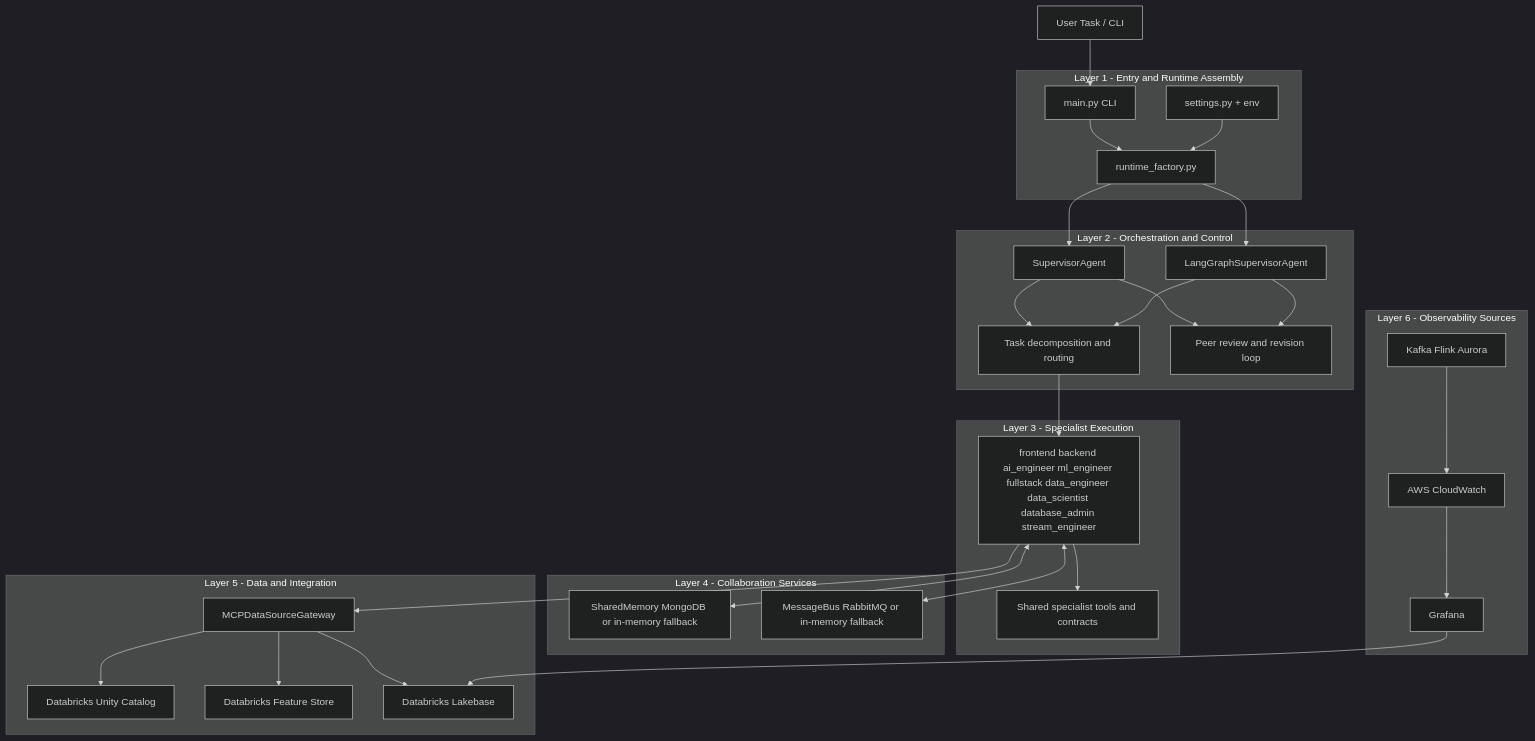
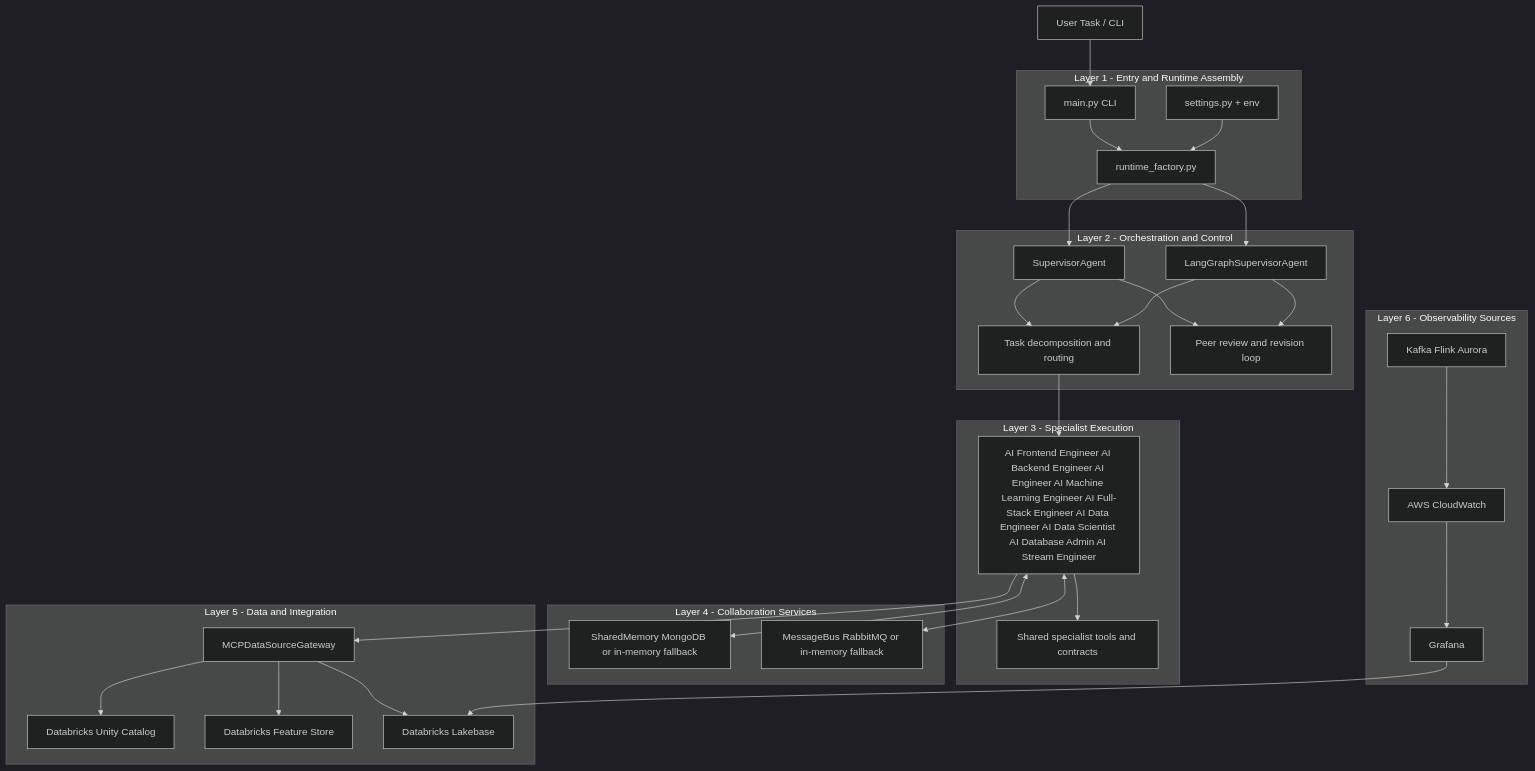
Before and after one commit to wchen-dea/Agentic-AI-Platform-on-Databricks: the first of 5 diagrams in docs/architecture.md, drawn with Mermaid (dark theme). The commit also changed other lines of this file and 5 other files, not shown here.

````diff
--- a/docs/architecture.md
+++ b/docs/architecture.md
@@ -127,57 +152,57 @@
 ```mermaid
 flowchart TB
   user[User Task / CLI]
 
   subgraph l1[Layer 1 - Entry and Runtime Assembly]
     main[main.py CLI]
     rf[runtime_factory.py]
     cfg[settings.py + env]
   end
 
   subgraph l2[Layer 2 - Orchestration and Control]
     sup[SupervisorAgent]
     lgs[LangGraphSupervisorAgent]
     route[Task decomposition and routing]
     loop[Peer review and revision loop]
   end
 
   subgraph l3[Layer 3 - Specialist Execution]
-    specs[frontend backend ai_engineer ml_engineer fullstack data_engineer data_scientist database_admin stream_engineer]
+    specs[AI Frontend Engineer AI Backend Engineer AI Engineer AI Machine Learning Engineer AI Full-Stack Engineer AI Data Engineer AI Data Scientist AI Database Admin AI Stream Engineer]
     tools[Shared specialist tools and contracts]
   end
 
   subgraph l4[Layer 4 - Collaboration Services]
     mem[SharedMemory MongoDB or in-memory fallback]
     bus[MessageBus RabbitMQ or in-memory fallback]
   end
 
   subgraph l5[Layer 5 - Data and Integration]
     mcp[MCPDataSourceGateway]
     uc[Databricks Unity Catalog]
     fs[Databricks Feature Store]
     lb[Databricks Lakebase]
   end
 
   subgraph l6[Layer 6 - Observability Sources]
     cw[AWS CloudWatch]
     gr[Grafana]
     ext[Kafka Flink Aurora]
   end
 
   user --> main --> rf
   cfg --> rf
   rf --> sup
   rf --> lgs
   sup --> route --> specs
   lgs --> route
   sup --> loop
   lgs --> loop
   specs --> tools
   specs <--> mem
   specs <--> bus
   specs --> mcp
   mcp --> uc
   mcp --> fs
   mcp --> lb
   ext --> cw --> gr --> lb
 ```
````
